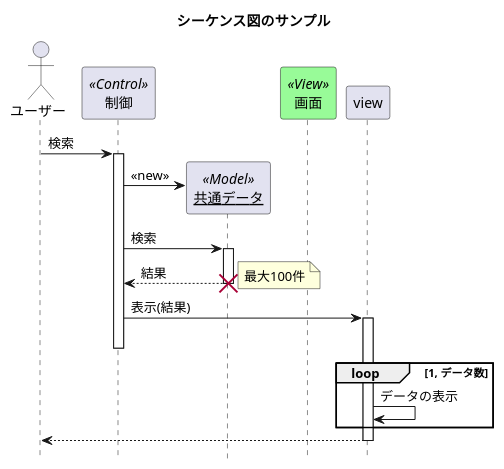
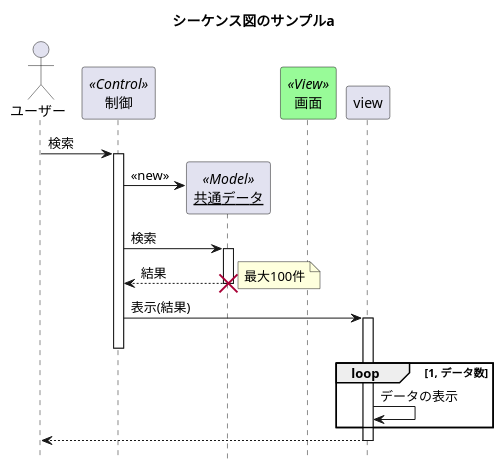
The diagram in AsciiDocSample.adoc (hiroki-fukushima-work/AsciiDocSample), drawn with PlantUML before and after one commit. The commit also changed other lines of this file and 12 other files, not shown here.

```diff
--- a/AsciiDocSample.adoc
+++ b/AsciiDocSample.adoc
@@ -227,33 +226,33 @@
 [plantuml,generated-image-format="svg"]
 ----
 @startuml
-title シーケンス図のサンプル
+title シーケンス図のサンプルa
 hide footbox
 
 actor ユーザー as user
 participant 制御 as control <<Control>>
 participant "<u>共通データ</u>" as model <<Model>>
 participant 画面 <<View>> #98FB98
 
 user -> control : 検索
 activate control
 create model
 control -> model : << new >>
 control -> model : 検索
 activate model
 control <-- model : 結果
 note right : 最大100件
 deactivate model
 destroy model
 
 control -> view : 表示(結果)
 activate view
 deactivate control
 loop 1, データ数
   view -> view : データの表示
 end
 view --> user
 deactivate view
 
 @enduml
 ----
```
